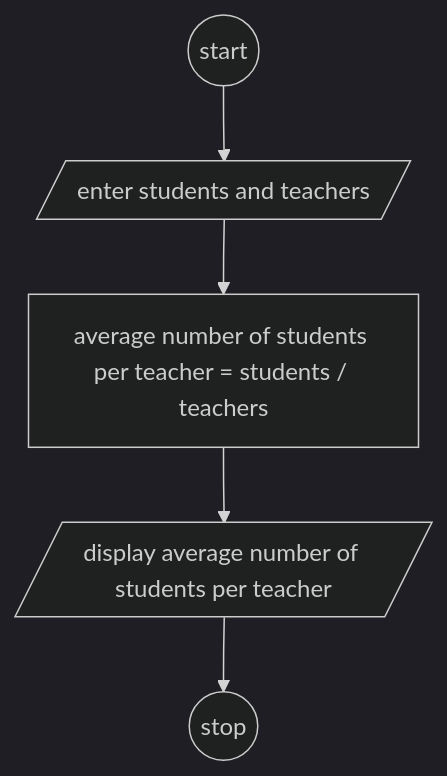
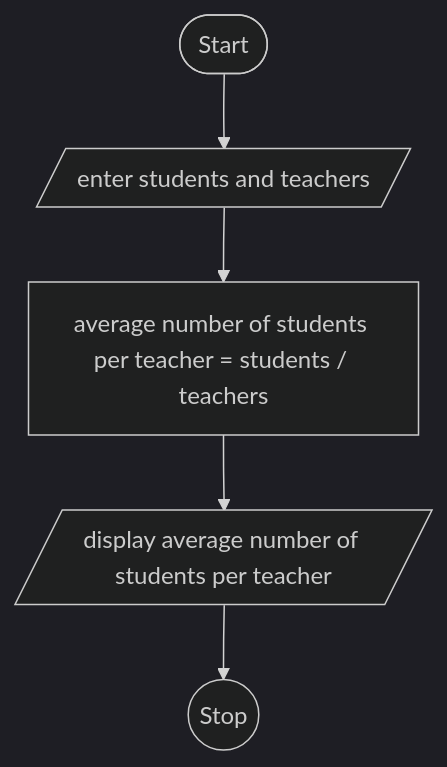
One commit to zmef/cplusplus changed the diagram in EX1.md. Above: the diagram before and after it, drawn with Mermaid (dark theme).

````diff
--- a/EX1.md
+++ b/EX1.md
@@ -1,7 +1,7 @@
 ```mermaid
 flowchart TD
-    A((start)) --> B[/enter students and teachers/]
+    A(["Start"]) --> B[/enter students and teachers/]
     B --> C[average number of students per teacher = students / teachers]
     C --> D[/display average number of students per teacher/]
-    D --> E((stop))
+    D --> E((Stop))
 ```
````
